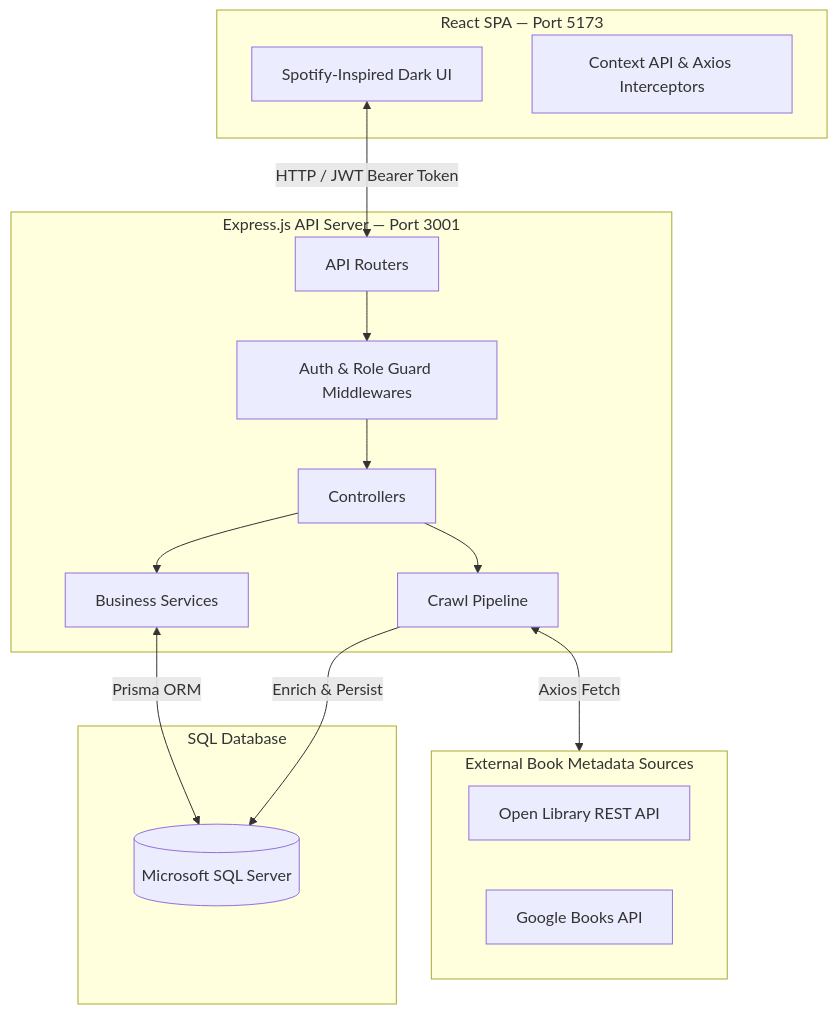
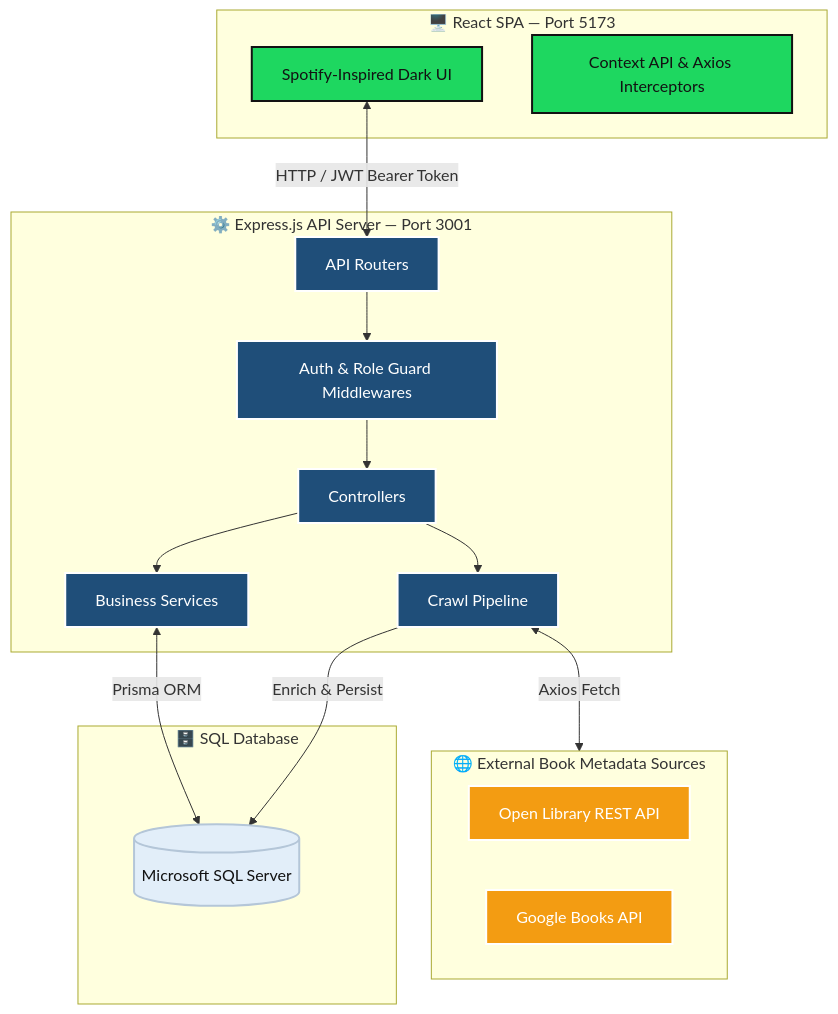
One commit to Jaynguyen-dev/Library-Managing-System changed the first of 3 diagrams in README.md. Above: the diagram before and after it, drawn with Mermaid. The commit also changed other lines of this file, not shown here.

````diff
--- a/README.md
+++ b/README.md
@@ -42,31 +48,37 @@
 ```mermaid
 graph TD
-    subgraph Client ["React SPA — Port 5173"]
-        UI[Spotify-Inspired Dark UI]
-        State[Context API & Axios Interceptors]
+    %% Styling
+    classDef client fill:#1ed760,stroke:#121212,stroke-width:2px,color:#121212
+    classDef server fill:#1f4e79,stroke:#ffffff,stroke-width:2px,color:#ffffff
+    classDef database fill:#e2eef9,stroke:#b4c6d8,stroke-width:2px,color:#121212
+    classDef external fill:#f39c12,stroke:#ffffff,stroke-width:2px,color:#ffffff
+
+    subgraph Client ["🖥️ React SPA — Port 5173"]
+        UI[Spotify-Inspired Dark UI]:::client
+        State[Context API & Axios Interceptors]:::client
     end
 
-    subgraph Server ["Express.js API Server — Port 3001"]
-        R[API Routers]
-        M[Auth & Role Guard Middlewares]
-        C[Controllers]
-        S[Business Services]
-        CR[Crawl Pipeline]
+    subgraph Server ["⚙️ Express.js API Server — Port 3001"]
+        R[API Routers]:::server
+        M[Auth & Role Guard Middlewares]:::server
+        C[Controllers]:::server
+        S[Business Services]:::server
+        CR[Crawl Pipeline]:::server
     end
 
-    subgraph Database ["SQL Database"]
-        DB[(Microsoft SQL Server)]
+    subgraph Database ["🗄️ SQL Database"]
+        DB[(Microsoft SQL Server)]:::database
     end
 
-    subgraph External ["External Book Metadata Sources"]
-        OL[Open Library REST API]
-        GB[Google Books API]
+    subgraph External ["🌐 External Book Metadata Sources"]
+        OL[Open Library REST API]:::external
+        GB[Google Books API]:::external
     end
 
     UI <-->|"HTTP / JWT Bearer Token"| R
     R --> M --> C --> S
     S <-->|"Prisma ORM"| DB
     CR <-->|"Axios Fetch"| External
     CR -->|"Enrich & Persist"| DB
     C --> CR
 ```
````
